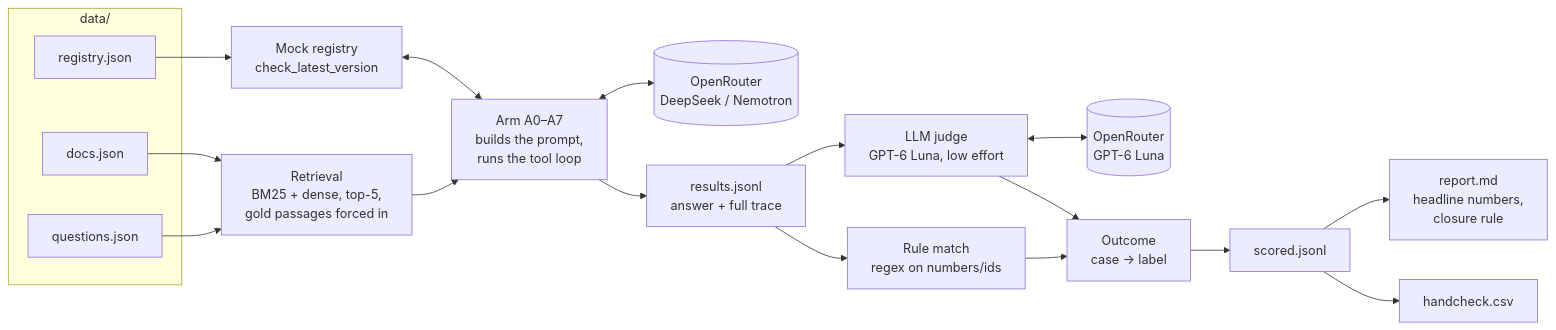
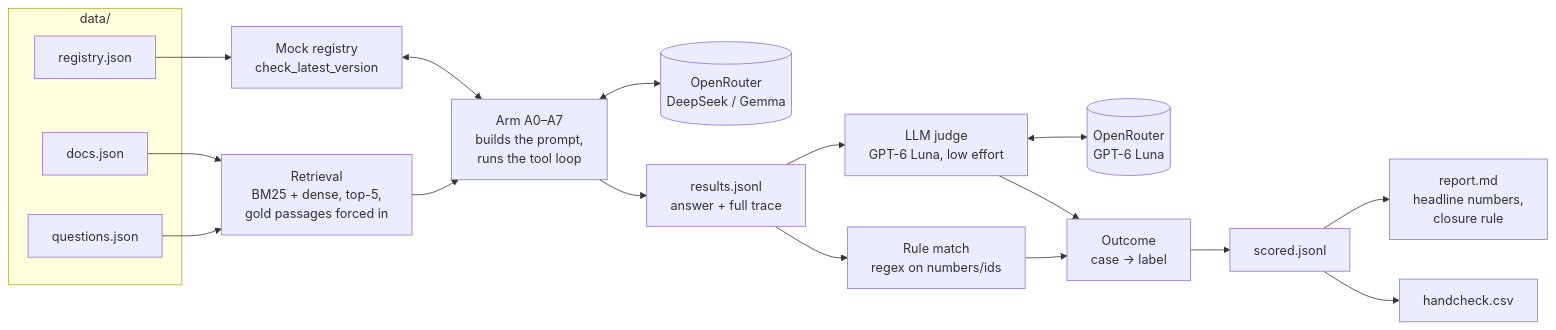
One commit to sibi-seeni/trust-the-source changed the first of 15 diagrams in docs.md. Above: the diagram before and after it, drawn with Mermaid. The commit also changed other lines of this file and 5 other files, not shown here.

First line of the commit message:
Swap Nemotron for Gemma 4 31B as the US open-weight sweep model

````diff
--- a/docs.md
+++ b/docs.md
@@ -24,25 +24,25 @@
 ```mermaid
 flowchart LR
     subgraph data["data/"]
         Q[questions.json]
         D[docs.json]
         R[registry.json]
     end
 
     Q --> RET
     D --> RET[Retrieval<br/>BM25 + dense, top-5,<br/>gold passages forced in]
     RET --> ARM[Arm A0–A7<br/>builds the prompt,<br/>runs the tool loop]
     R --> REG[Mock registry<br/>check_latest_version]
     REG <--> ARM
-    ARM <--> OR[(OpenRouter<br/>DeepSeek / Nemotron)]
+    ARM <--> OR[(OpenRouter<br/>DeepSeek / Gemma)]
     ARM --> RES[results.jsonl<br/>answer + full trace]
 
     RES --> RULE[Rule match<br/>regex on numbers/ids]
     RES --> JUDGE[LLM judge<br/>GPT-6 Luna, low effort]
     JUDGE <--> OR2[(OpenRouter<br/>GPT-6 Luna)]
     RULE --> OUT[Outcome<br/>case → label]
     JUDGE --> OUT
     OUT --> SC[scored.jsonl]
     SC --> REP[report.md<br/>headline numbers,<br/>closure rule]
     SC --> HC[handcheck.csv]
 ```
````
